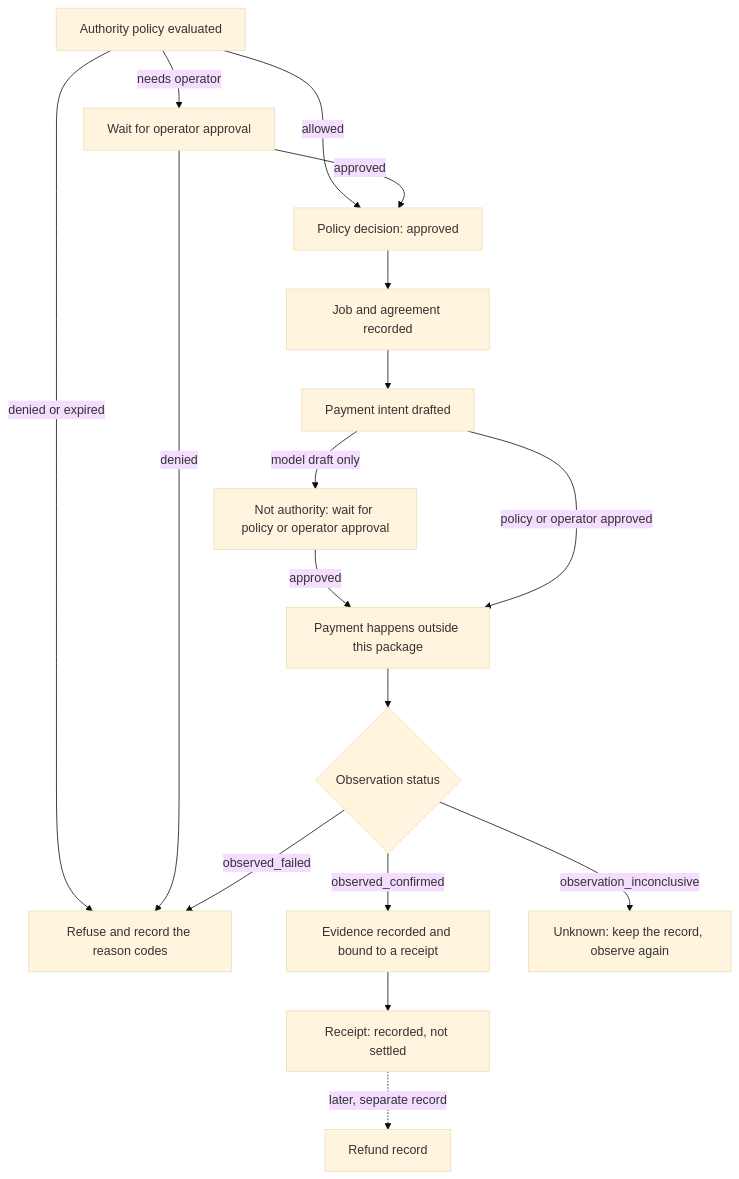
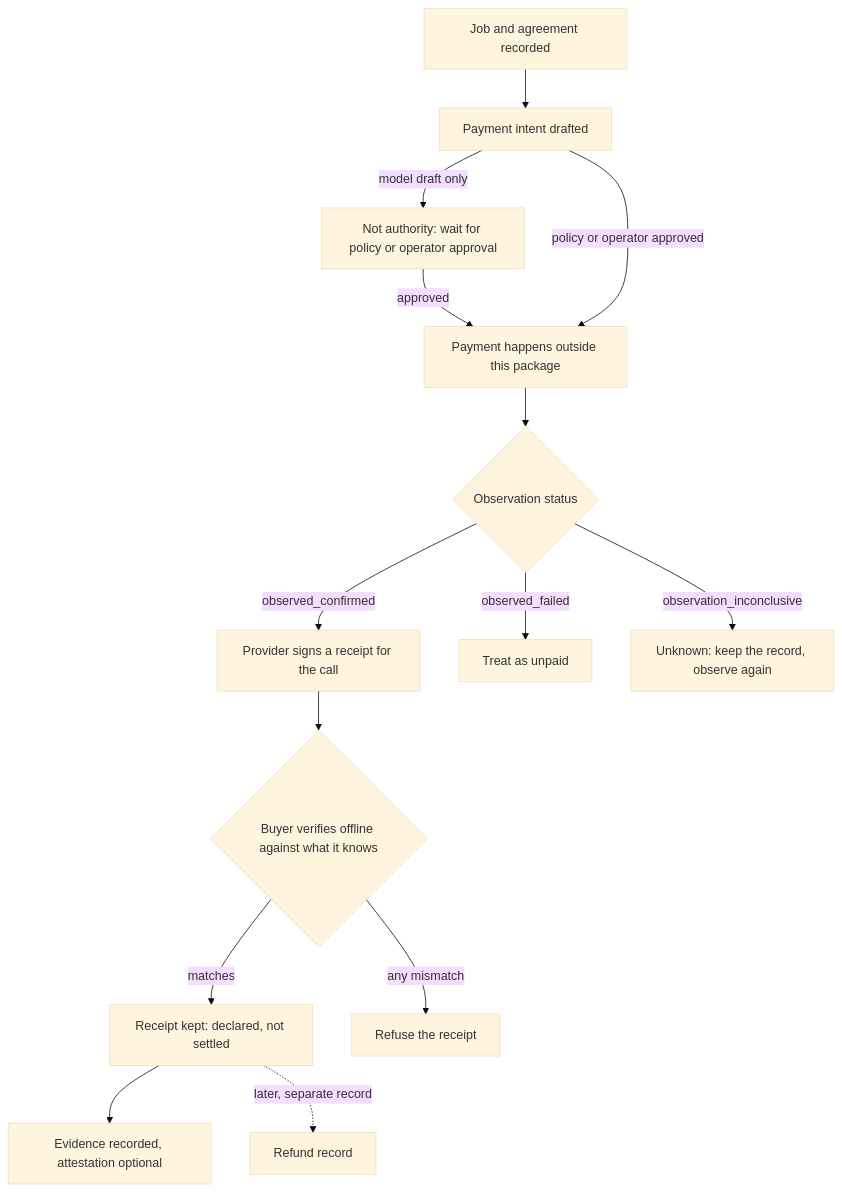
One commit to nissan/reddi-agent-protocol changed the diagram in docs/RAP-INTERPRETATION-GUIDE-INTERIM.md. Above: the diagram before and after it, drawn with Mermaid (base theme). The commit also changed other lines of this file and 143 other files, not shown here.

````diff
--- a/docs/RAP-INTERPRETATION-GUIDE-INTERIM.md
+++ b/docs/RAP-INTERPRETATION-GUIDE-INTERIM.md
@@ -39,19 +38,16 @@
 ```mermaid
 flowchart TD
-    A[Authority policy evaluated] -->|allowed| B[Policy decision: approved]
-    A -->|denied or expired| R[Refuse and record the reason codes]
-    A -->|needs operator| O[Wait for operator approval]
-    O -->|approved| B
-    O -->|denied| R
-    B --> C[Job and agreement recorded]
-    C --> D[Payment intent drafted]
+    C[Job and agreement recorded] --> D[Payment intent drafted]
     D -->|model draft only| W[Not authority: wait for policy or operator approval]
     W -->|approved| E[Payment happens outside this package]
     D -->|policy or operator approved| E
     E --> F{Observation status}
-    F -->|observed_confirmed| G[Evidence recorded and bound to a receipt]
-    F -->|observed_failed| R
+    F -->|observed_confirmed| P[Provider signs a receipt for the call]
+    F -->|observed_failed| R[Treat as unpaid]
     F -->|observation_inconclusive| U[Unknown: keep the record, observe again]
-    G --> H[Receipt: recorded, not settled]
+    P --> V{Buyer verifies offline against what it knows}
+    V -->|matches| H[Receipt kept: declared, not settled]
+    V -->|any mismatch| X[Refuse the receipt]
+    H --> G[Evidence recorded, attestation optional]
     H -.->|later, separate record| I[Refund record]
 ```
````
